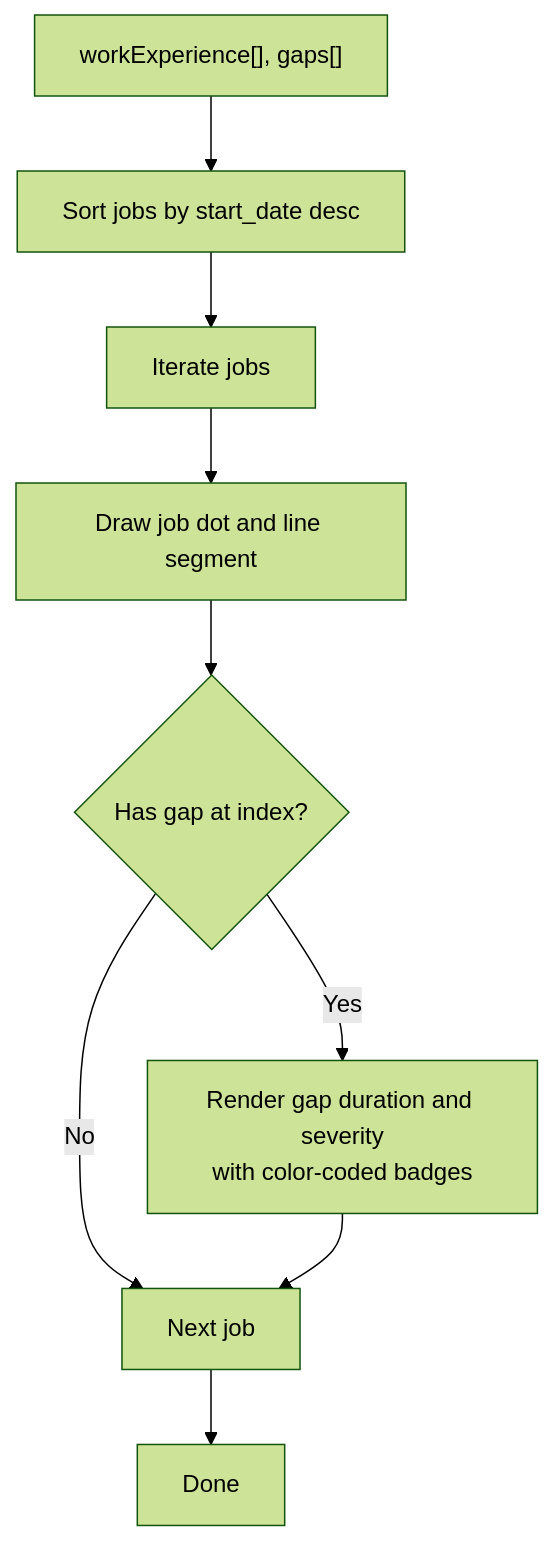
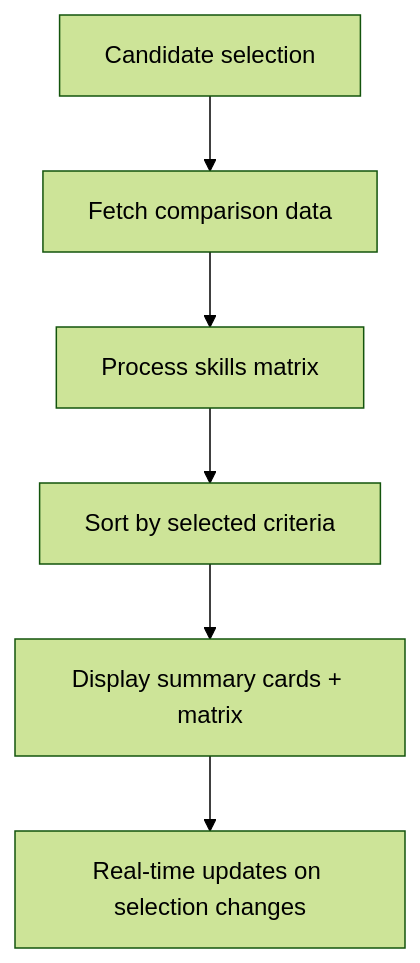
Before and after one commit to Revanththetalogics/aireume: the fifth of 8 diagrams in .qoder/repowiki/en/content/Reporting & Analytics/Comparison & Visualization.md, drawn with Mermaid (forest theme). The commit also changed other lines of this file and 32 other files, not shown here.

````diff
--- a/.qoder/repowiki/en/content/Reporting & Analytics/Comparison & Visualization.md
+++ b/.qoder/repowiki/en/content/Reporting & Analytics/Comparison & Visualization.md
@@ -252,11 +256,8 @@
 ```mermaid
 flowchart TD
-Input["workExperience[], gaps[]"] --> Sort["Sort jobs by start_date desc"]
-Sort --> Iterate["Iterate jobs"]
-Iterate --> Draw["Draw job dot and line segment"]
-Draw --> GapCheck{"Has gap at index?"}
-GapCheck --> |Yes| Gap["Render gap duration and severity<br/>with color-coded badges"]
-GapCheck --> |No| Next["Next job"]
-Gap --> Next
-Next --> End["Done"]
+Start["Candidate selection"] --> Fetch["Fetch comparison data"]
+Fetch --> Process["Process skills matrix"]
+Process --> Sort["Sort by selected criteria"]
+Sort --> Display["Display summary cards + matrix"]
+Display --> Update["Real-time updates on selection changes"]
 ```
````
